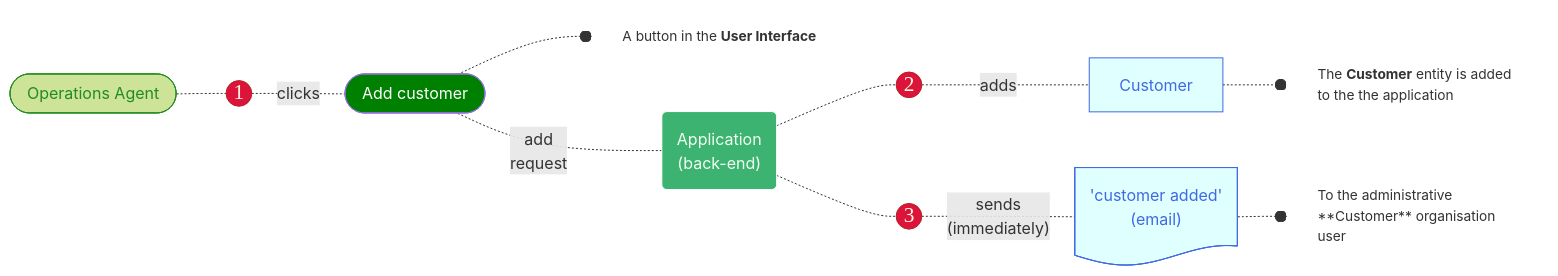
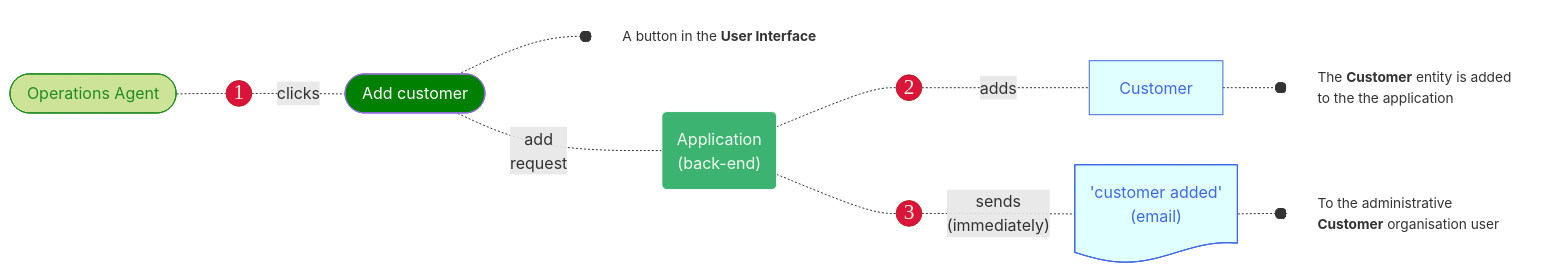
The diagram in 2025_Sage_Playa/mermaid/template_02.md (joe-dorward/samples), drawn with Mermaid before and after one commit.

````diff
--- a/2025_Sage_Playa/mermaid/template_02.md
+++ b/2025_Sage_Playa/mermaid/template_02.md
@@ -3,51 +3,51 @@
 ```mermaid
 flowchart LR
 
   %% define styles
   classDef User fill:#cde498, stroke:forestgreen, color:forestgreen;
   classDef Number fill:crimson, color:cornsilk, stroke:firebrick, font-family:verdana, font-size:16pt, padding:10px;
   classDef Button fill:green, color:white;
   classDef Note fill:transparent, stroke:white, text-align:left, font-size: 95%;
 
   classDef Backend fill:mediumseagreen, stroke:white, color:honeydew;
   classDef Entity fill:lightcyan, stroke:royalblue, color:royalblue;
   
   %% ---------- ---------- ---------- ---------- ---------- ---------- ---------- ---------- ---------- ----------
   OPERATIONS_AGENT_01([&nbsp;Operations Agent&nbsp;]):::User
   %% ---------- ---------- ---------- ---------- ---------- ---------- ---------- ---------- ---------- ----------
   1(("1")):::Number
   ADD_CUSTOMER_01([&nbsp;Add customer&nbsp;]):::Button
   ADD_CUSTOMER_01_NOTE["A button in the <b>User Interface</b>"]:::Note
 
   OPERATIONS_AGENT_01-.-
   1-.clicks.-
   ADD_CUSTOMER_01-.-o
   ADD_CUSTOMER_01_NOTE
   %% ---------- ---------- ---------- ---------- ---------- ---------- ---------- ---------- ---------- ----------
   APPLICATION_BACK_END_01("Application<br/>(back-end)"):::Backend
 
   ADD_CUSTOMER_01-.add<br/>request.-
   APPLICATION_BACK_END_01
   %% ---------- ---------- ---------- ---------- ---------- ---------- ---------- ---------- ---------- ----------
   2(("2")):::Number
   CUSTOMER_01["Customer"]:::Entity
   CUSTOMER_01_NOTE["The <b>Customer</b> entity is added to the the application"]:::Note
 
   APPLICATION_BACK_END_01-.-
   2-.adds.-
   CUSTOMER_01-.-o
   CUSTOMER_01_NOTE
   %% ---------- ---------- ---------- ---------- ---------- ---------- ---------- ---------- ---------- ----------
   3(("3")):::Number
   CUSTOMER_ADDED_01@{ shape: doc, label: "'customer added'<br/>(email)"}
-  CUSTOMER_ADDED_01_NOTE[To the administrative **Customer** organisation user]:::Note
+  CUSTOMER_ADDED_01_NOTE[To the administrative <b>Customer</b> organisation user]:::Note
 
   APPLICATION_BACK_END_01-.-
   3-."sends<br/>(immediately)".-
   CUSTOMER_ADDED_01-.-o
   CUSTOMER_ADDED_01_NOTE
 
   %% ---------- ---------- ---------- ---------- ---------- ---------- ---------- ---------- ---------- ----------
   %% define classes
   class CUSTOMER_ADDED_01 Entity
 ```
````
